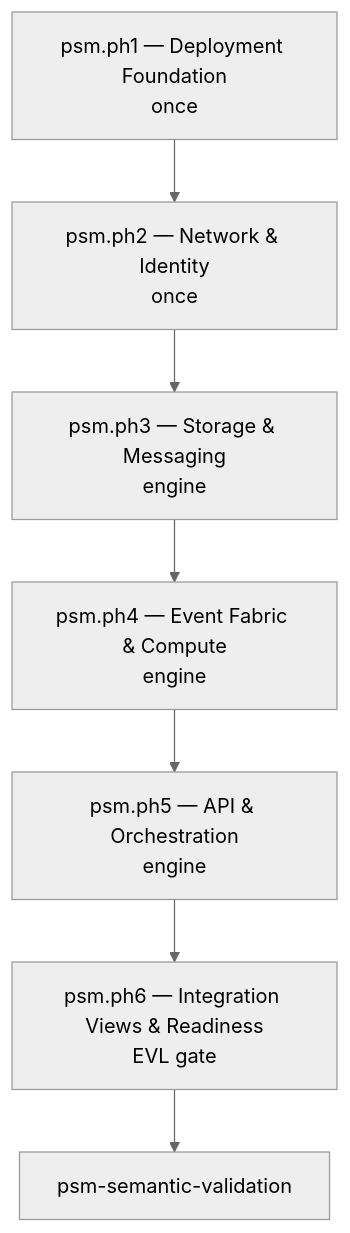
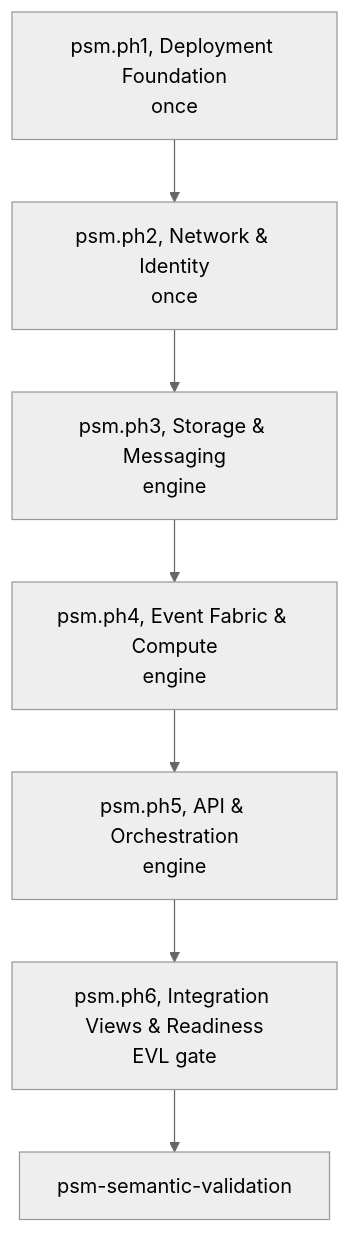
One commit to mehdieidi/modriss changed the first of 2 diagrams in docs/diagrams/26-psm-methodology.md. Above: the diagram before and after it, drawn with Mermaid (neutral theme). The commit also changed other lines of this file and 123 other files, not shown here.

````diff
--- a/docs/diagrams/26-psm-methodology.md
+++ b/docs/diagrams/26-psm-methodology.md
@@ -7,12 +7,12 @@
 ```mermaid
 flowchart TB
-    ph1["psm.ph1 — Deployment Foundation<br/>once"]
-    ph2["psm.ph2 — Network & Identity<br/>once"]
-    ph3["psm.ph3 — Storage & Messaging<br/>engine"]
-    ph4["psm.ph4 — Event Fabric & Compute<br/>engine"]
-    ph5["psm.ph5 — API & Orchestration<br/>engine"]
-    ph6["psm.ph6 — Integration Views & Readiness<br/>EVL gate"]
+    ph1["psm.ph1, Deployment Foundation<br/>once"]
+    ph2["psm.ph2, Network & Identity<br/>once"]
+    ph3["psm.ph3, Storage & Messaging<br/>engine"]
+    ph4["psm.ph4, Event Fabric & Compute<br/>engine"]
+    ph5["psm.ph5, API & Orchestration<br/>engine"]
+    ph6["psm.ph6, Integration Views & Readiness<br/>EVL gate"]
     gate["psm-semantic-validation"]
 
     ph1 --> ph2 --> ph3 --> ph4 --> ph5 --> ph6 --> gate
 ```
````
